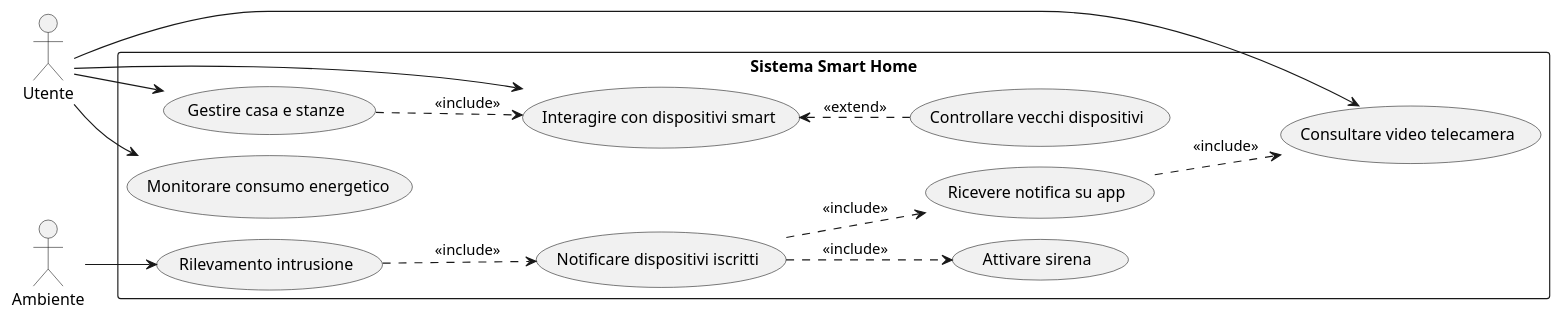
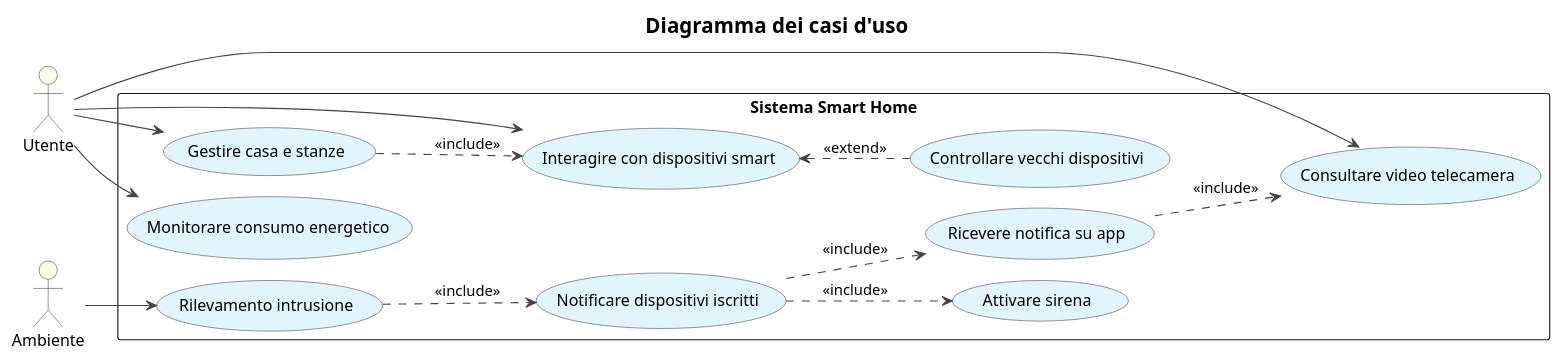
One commit to AndreaDiPietro0/SmartHomeSWE changed the diagram in uml/usecase.puml. Above: the diagram before and after it, drawn with PlantUML. The commit also changed 5 other files, not shown here.

```diff
--- a/uml/usecase.puml
+++ b/uml/usecase.puml
@@ -1,53 +1,67 @@
 @startuml
 !pragma layout smetana
+left to right direction
 
-left to right direction
+' Stile professionale coerente con il resto della relazione
 skinparam packageStyle rectangle
+skinparam usecase {
+    BackgroundColor #E1F5FE
+    BorderColor #444444
+    ArrowColor #444444
+}
+skinparam actor {
+    BackgroundColor #FFFDE7
+    BorderColor #444444
+}
+skinparam NoteBackgroundColor #FEFECE
+skinparam NoteBorderColor #A80036
+skinparam TitleFontSize 18
 
-' Attori
-actor "Utente\n" as User
+title Diagramma dei casi d'uso
+
+' attori
+actor "Utente" as User
 actor "Ambiente" as Environment
 
 package "Sistema Smart Home" {
 
-    ' sfera composite
+    ' cmposite
     usecase "Gestire casa e stanze" as UC_ManageHouse
     usecase "Interagire con dispositivi smart" as UC_ManageDevices
     usecase "Monitorare consumo energetico" as UC_CheckConsumption
 
-    ' sfera adapter
+    ' adapter
     usecase "Controllare vecchi dispositivi" as UC_ManageOld
 
-    ' sfera observer
+    ' observer
     usecase "Rilevamento intrusione" as UC_Detect
     usecase "Notificare dispositivi iscritti" as UC_Notify
     usecase "Attivare sirena" as UC_SoundAlarm
     usecase "Ricevere notifica su app" as UC_AppAlert
     usecase "Consultare video telecamera" as UC_LiveFeed
 }
 
-' connessioni attori
+' connessioni attori ->sistema
 User --> UC_ManageHouse
 User --> UC_ManageDevices
 User --> UC_CheckConsumption
 User --> UC_LiveFeed
 
 Environment --> UC_Detect
 
-'relazione tra i casi d'uso
-
-' il controllo della casa include anche il controllo dei singoli dispositivi
+' relazoini tra i casi d'uso
+' controllo casa include controllo dei singoli dispositivi
 UC_ManageHouse ..> UC_ManageDevices : <<include>>
 
-' il controllo dei dispositivi legacy è un'estensione del controllo standard
-UC_ManageDevices <.. UC_ManageOld : <<extend>>
+' controllo dei dispositivi vecchi è un'estensione del controllo standard
+UC_ManageOld .up.> UC_ManageDevices : <<extend>>
 
-' Effetto catena dell'emergenza (Observer)
+' catena eventi observer
 UC_Detect ..> UC_Notify : <<include>>
 UC_Notify ..> UC_SoundAlarm : <<include>>
 UC_Notify ..> UC_AppAlert : <<include>>
 
-' la notifica push porta l'utente ad aprire la telecamera
+' notifica push---> utente apre la telecamera
 UC_AppAlert ..> UC_LiveFeed : <<include>>
 
 @enduml
```
